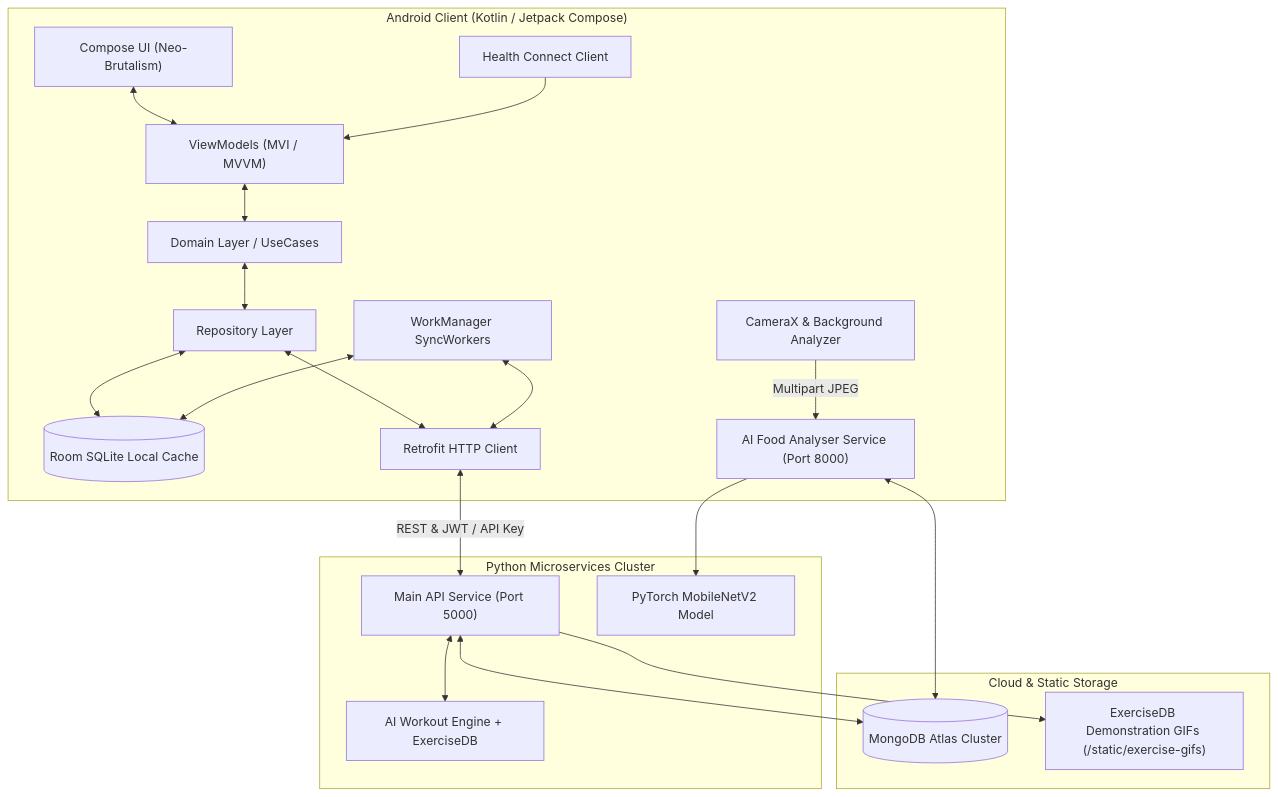
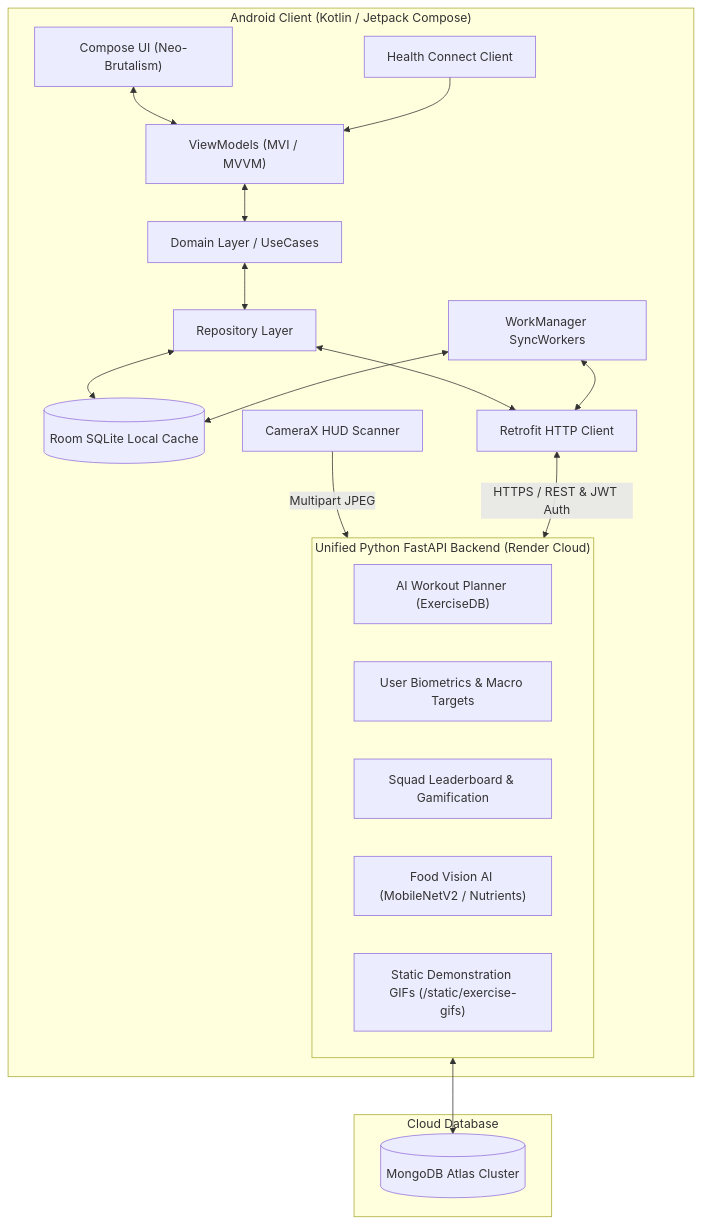
One commit to Ashu-sosuke/FitStore changed the diagram in README.md. Above: the diagram before and after it, drawn with Mermaid. The commit also changed other lines of this file and 4 other files, not shown here.

Commit message:
Unify Food Vision Scanner and Main API into single backend service

````diff
--- a/README.md
+++ b/README.md
@@ -33,33 +33,29 @@
 ```mermaid
 graph TD
     subgraph AndroidApp ["Android Client (Kotlin / Jetpack Compose)"]
         UI["Compose UI (Neo-Brutalism)"] <--> VM["ViewModels (MVI / MVVM)"]
         VM <--> Domain["Domain Layer / UseCases"]
         Domain <--> Repo["Repository Layer"]
         Repo <--> Room[("Room SQLite Local Cache")]
         Repo <--> Retrofit["Retrofit HTTP Client"]
         WM["WorkManager SyncWorkers"] <--> Room
         WM <--> Retrofit
-        Cam["CameraX & Background Analyzer"] -- "Multipart JPEG" --> FoodAPI
+        Cam["CameraX HUD Scanner"] -- "Multipart JPEG" --> Backend
         HC["Health Connect Client"] --> VM
     end
 
-    subgraph Backend ["Python Microservices Cluster"]
-        MainAPI["Main API Service (Port 5000)"]
-        FoodAPI["AI Food Analyser Service (Port 8000)"]
-        AIPlanner["AI Workout Engine + ExerciseDB"]
-        PyTorch["PyTorch MobileNetV2 Model"]
+    subgraph Backend ["Unified Python FastAPI Backend (Render Cloud)"]
+        WorkoutsEngine["AI Workout Planner (ExerciseDB)"]
+        ProfileEngine["User Biometrics & Macro Targets"]
+        LeaderboardEngine["Squad Leaderboard & Gamification"]
+        FoodScanner["Food Vision AI (MobileNetV2 / Nutrients)"]
+        StaticGIFs["Static Demonstration GIFs (/static/exercise-gifs)"]
     end
 
-    subgraph Database ["Cloud & Static Storage"]
+    subgraph Database ["Cloud Database"]
         Mongo[("MongoDB Atlas Cluster")]
-        StaticGIFs["ExerciseDB Demonstration GIFs (/static/exercise-gifs)"]
     end
 
-    Retrofit <-->|"REST & JWT / API Key"| MainAPI
-    MainAPI <--> AIPlanner
-    MainAPI <--> Mongo
-    MainAPI --> StaticGIFs
-    FoodAPI --> PyTorch
-    FoodAPI <--> Mongo
+    Retrofit <-->|"HTTPS / REST & JWT Auth"| Backend
+    Backend <--> Mongo
 ```
````
